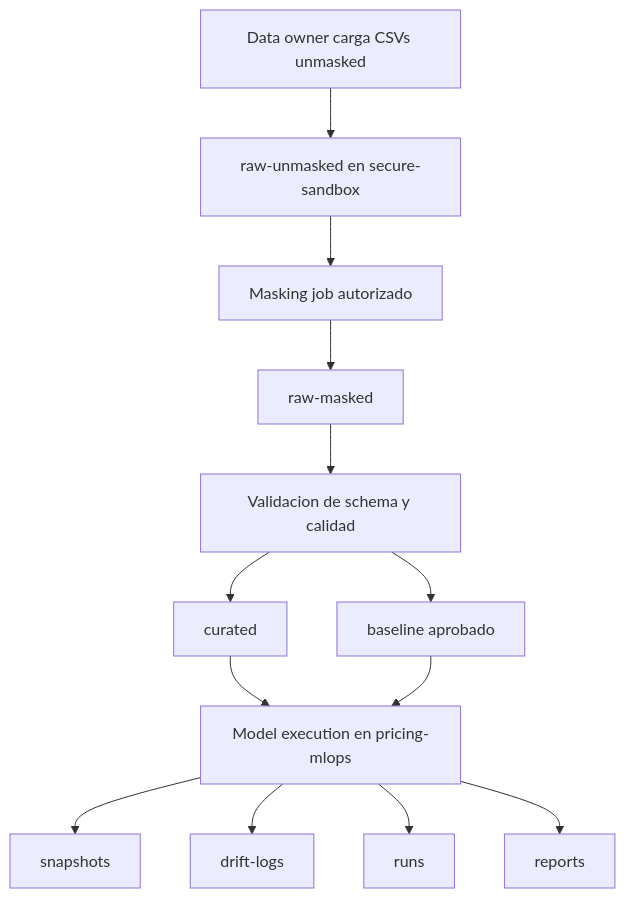
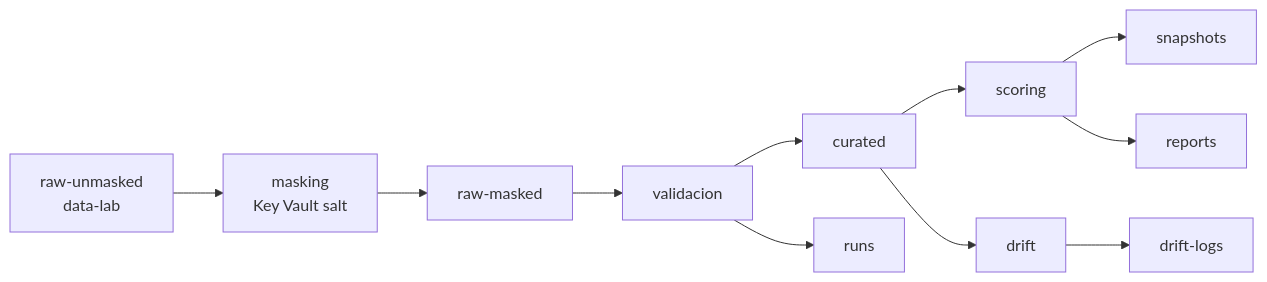
One commit to tecmx-team46-pricing/pricing-mlops-platform changed the diagram in docs/data-governance-plan.md. Above: the diagram before and after it, drawn with Mermaid. The commit also changed other lines of this file and 11 other files, not shown here.

````diff
--- a/docs/data-governance-plan.md
+++ b/docs/data-governance-plan.md
@@ -99,15 +30,13 @@
 ```mermaid
-flowchart TD
-  A["Data owner carga CSVs unmasked"] --> B["raw-unmasked en secure-sandbox"]
-  B --> C["Masking job autorizado"]
-  C --> D["raw-masked"]
-  D --> E["Validacion de schema y calidad"]
-  E --> F["curated"]
-  F --> G["Model execution en pricing-mlops"]
-  G --> H["snapshots"]
+flowchart LR
+  A["raw-unmasked<br/>data-lab"] --> B["masking<br/>Key Vault salt"]
+  B --> C["raw-masked"]
+  C --> D["validacion"]
+  D --> E["curated"]
+  E --> F["scoring"]
+  E --> G["drift"]
+  F --> H["snapshots"]
   G --> I["drift-logs"]
-  G --> J["runs"]
-  G --> K["reports"]
-  E --> L["baseline aprobado"]
-  L --> G
+  F --> J["reports"]
+  D --> K["runs"]
 ```
````
